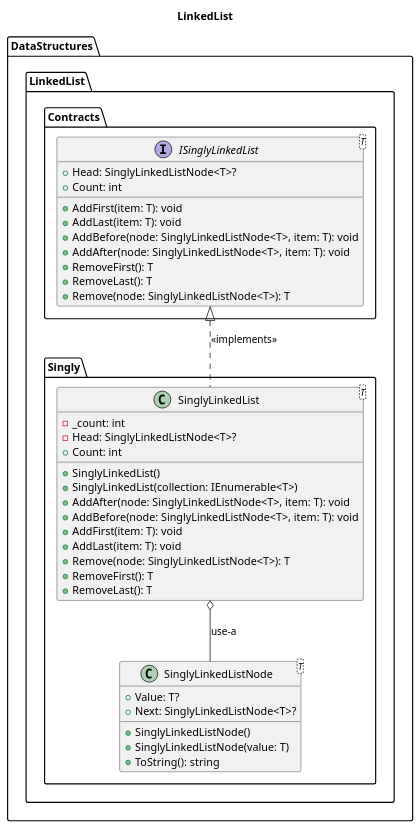
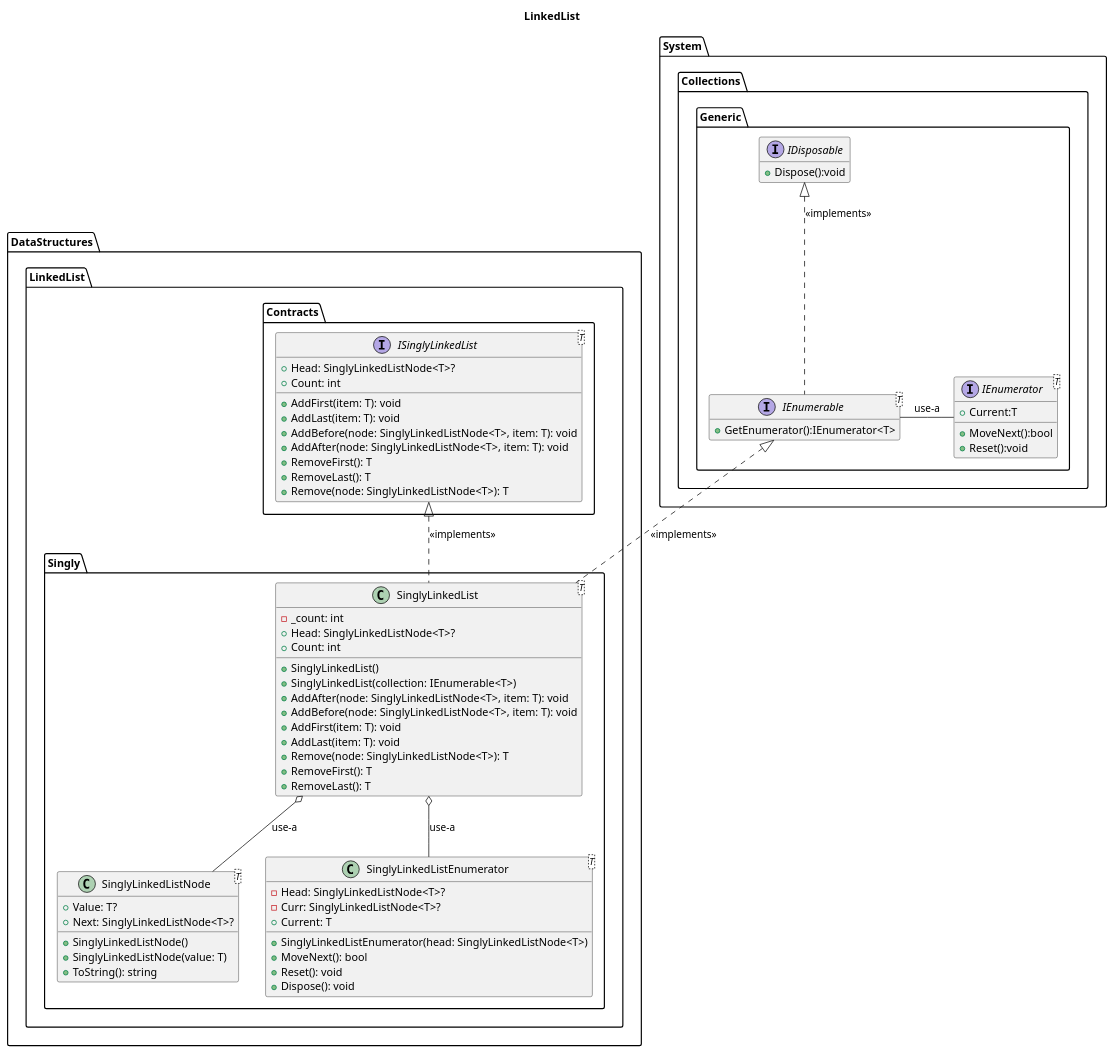
The diagram in DataStructures/LinkedList/Model/LinkedListModel.wsd (zcomert/veri-yapilari-ve-algoritmalar), drawn with PlantUML before and after one commit. The commit also changed 84 other files, not shown here.

Commit message:
SinglyLinkedListEnumerator has been added.

```diff
--- a/DataStructures/LinkedList/Model/LinkedListModel.wsd
+++ b/DataStructures/LinkedList/Model/LinkedListModel.wsd
@@ -1,47 +1,79 @@
 @startuml LinkedList
 title LinkedList
 namespace DataStructures.LinkedList.Singly {
     class SinglyLinkedListNode<T> {
         +Value: T?
         +Next: SinglyLinkedListNode<T>?
         +SinglyLinkedListNode()
         +SinglyLinkedListNode(value: T)
         +ToString(): string
     }
 
+    class SinglyLinkedListEnumerator<T> {
+        - Head: SinglyLinkedListNode<T>?
+        - Curr: SinglyLinkedListNode<T>?
+        + SinglyLinkedListEnumerator(head: SinglyLinkedListNode<T>)
+        + Current: T
+        + MoveNext(): bool
+        + Reset(): void
+        + Dispose(): void
+    }
+
     class SinglyLinkedList<T> {
         -_count: int
-        -Head: SinglyLinkedListNode<T>?
+        +Head: SinglyLinkedListNode<T>?
         +SinglyLinkedList()
         +SinglyLinkedList(collection: IEnumerable<T>)
         +AddAfter(node: SinglyLinkedListNode<T>, item: T): void
         +AddBefore(node: SinglyLinkedListNode<T>, item: T): void
         +AddFirst(item: T): void
         +AddLast(item: T): void
         +Remove(node: SinglyLinkedListNode<T>): T
         +RemoveFirst(): T
         +RemoveLast(): T
         +Count: int
     }
-    ' hide members
+   
 }
 
 namespace DataStructures.LinkedList.Contracts {
     interface ISinglyLinkedList<T> {
     +Head: SinglyLinkedListNode<T>?
     +Count: int
     +AddFirst(item: T): void
     +AddLast(item: T): void
     +AddBefore(node: SinglyLinkedListNode<T>, item: T): void
     +AddAfter(node: SinglyLinkedListNode<T>, item: T): void
     +RemoveFirst(): T
     +RemoveLast(): T
     +Remove(node: SinglyLinkedListNode<T>): T
     }
-    ' hide members
+  
+}
+
+namespace System.Collections.Generic {
+    interface IEnumerable<T> {
+        +GetEnumerator():IEnumerator<T>
+    }
+    
+    interface IEnumerator<T> {
+        +Current:T
+        +MoveNext():bool
+        +Reset():void
+    }
+    
+    interface IDisposable {
+        +Dispose():void
+    }
 }
 
 DataStructures.LinkedList.Singly.SinglyLinkedList .up.|> DataStructures.LinkedList.Contracts.ISinglyLinkedList : "<<implements>>"
 DataStructures.LinkedList.Singly.SinglyLinkedList o-- DataStructures.LinkedList.Singly.SinglyLinkedListNode : "use-a"
+DataStructures.LinkedList.Singly.SinglyLinkedList o-- DataStructures.LinkedList.Singly.SinglyLinkedListEnumerator : "use-a"
+DataStructures.LinkedList.Singly.SinglyLinkedList .up.|> System.Collections.Generic.IEnumerable : "<<implements>>"
 
+System.Collections.Generic.IEnumerable - System.Collections.Generic.IEnumerator : "use-a"
+System.Collections.Generic.IEnumerable .up.|> System.Collections.Generic.IDisposable : "<<implements>>"
+
+hide empty members
 @enduml
```
